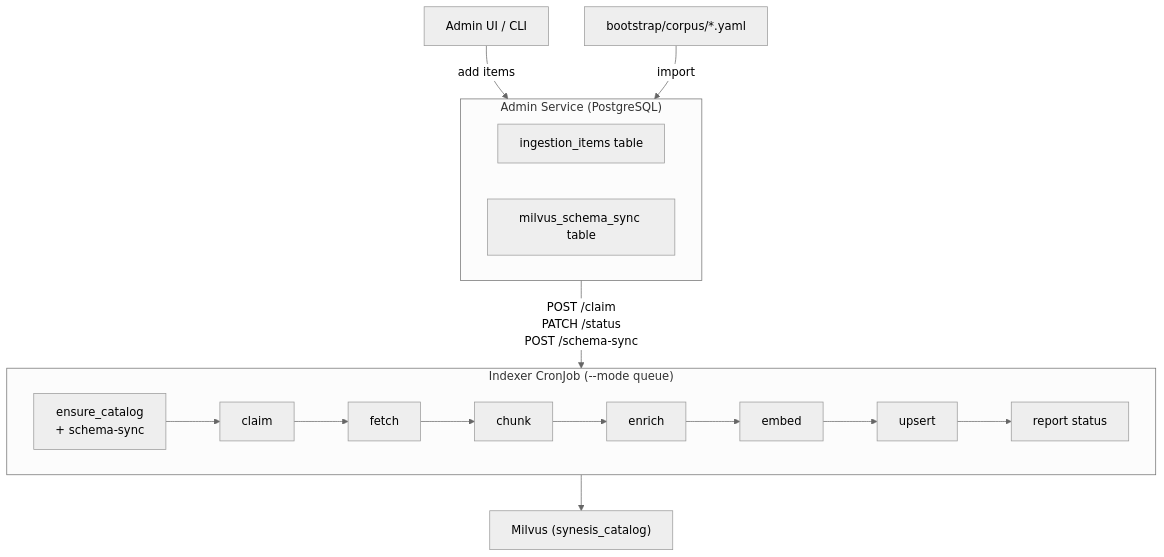
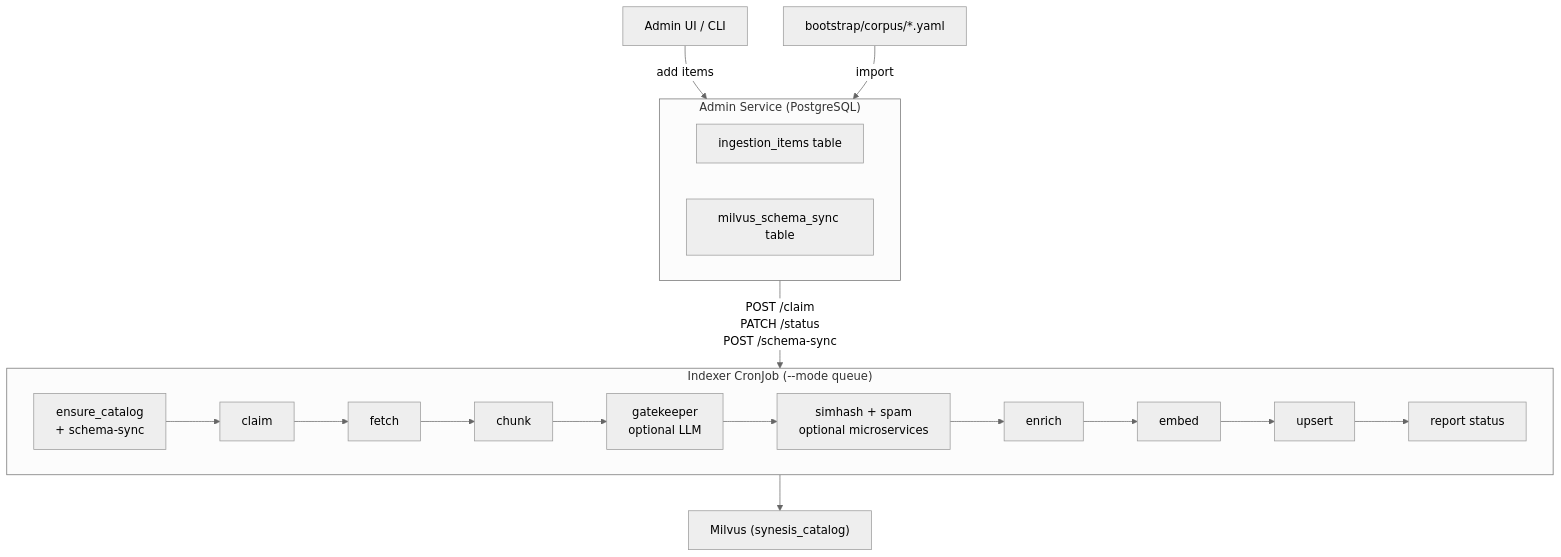
Before and after one commit to supernovae/synesis: the first of 2 diagrams in docs/INDEXERS.md, drawn with Mermaid (neutral theme). The commit also changed other lines of this file and 41 other files, not shown here.

````diff
--- a/docs/INDEXERS.md
+++ b/docs/INDEXERS.md
@@ -7,22 +7,24 @@
 ```mermaid
 flowchart TD
     UI["Admin UI / CLI"] -->|add items| DB
     Bootstrap["bootstrap/corpus/*.yaml"] -->|import| DB
 
     subgraph DB["Admin Service (PostgreSQL)"]
         Items["ingestion_items table"]
         Sync["milvus_schema_sync table"]
     end
 
     DB -->|"POST /claim\nPATCH /status\nPOST /schema-sync"| Indexer
 
     subgraph Indexer["Indexer CronJob (--mode queue)"]
         direction LR
         EnsureCatalog["ensure_catalog\n+ schema-sync"] --> Claim["claim"]
         Claim --> Fetch["fetch"] --> Chunk["chunk"]
-        Chunk --> Enrich["enrich"] --> Embed["embed"]
+        Chunk --> Gatekeeper["gatekeeper\noptional LLM"]
+        Gatekeeper --> Signals["simhash + spam\noptional microservices"]
+        Signals --> Enrich["enrich"] --> Embed["embed"]
         Embed --> Upsert["upsert"] --> Report["report status"]
     end
 
     Indexer --> Milvus["Milvus (synesis_catalog)"]
 ```
````
